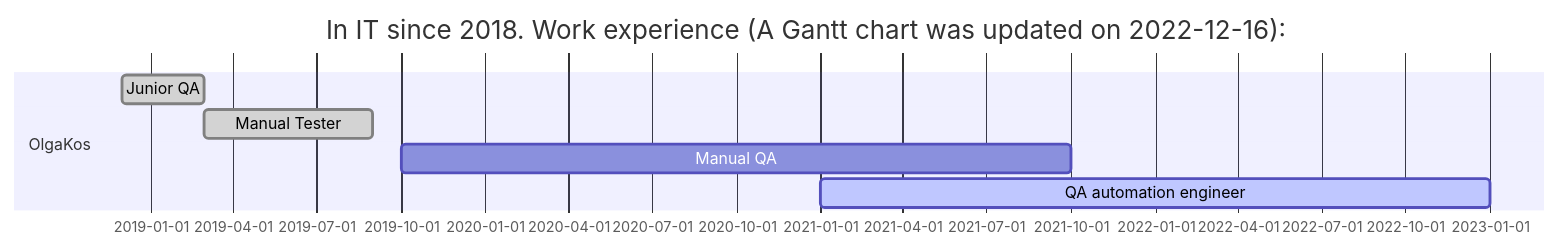
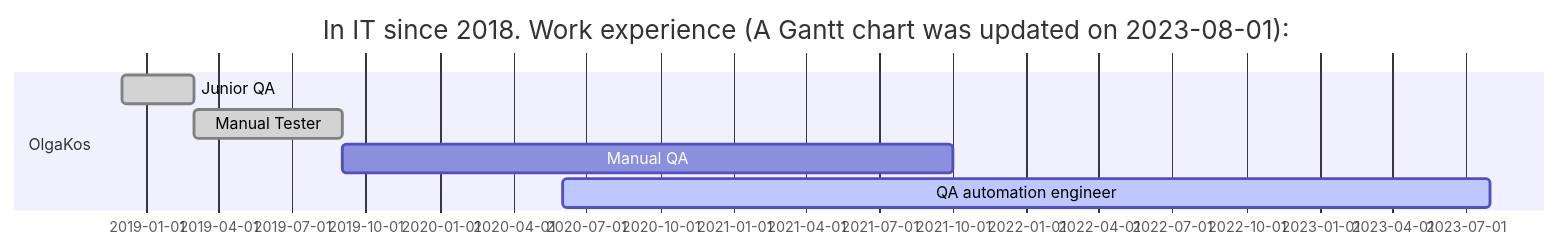
One commit to olgakos/olgakos changed the diagram in README.md. Above: the diagram before and after it, drawn with Mermaid. The commit also changed other lines of this file, not shown here.

````diff
--- a/README.md
+++ b/README.md
@@ -14,10 +15,10 @@
 ```mermaid
   gantt 
-    title In IT since 2018. Work experience (A Gantt chart was updated on 2022-12-16):
+    title In IT since 2018. Work experience (A Gantt chart was updated on 2023-08-01):
     dateFormat  YYYY-MM
     section OlgaKos
     Junior QA         :done, 2018-12, 90d
     Manual Tester	  :done, 2019-03, 2019-09
-    Manual QA         :after, 2019-10, 2021-10
-    QA automation engineer     :active, 2021-01, 2023-01
+    Manual QA         :after, 2019-09, 2021-10
+    QA automation engineer     :active, 2020-06, 2023-08
 ```
````
